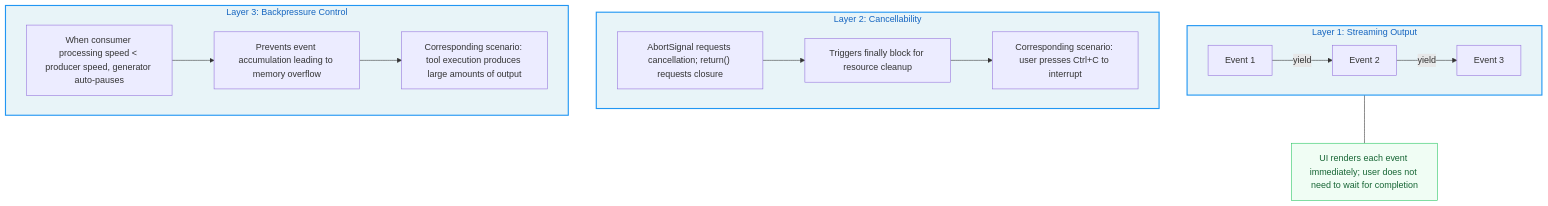
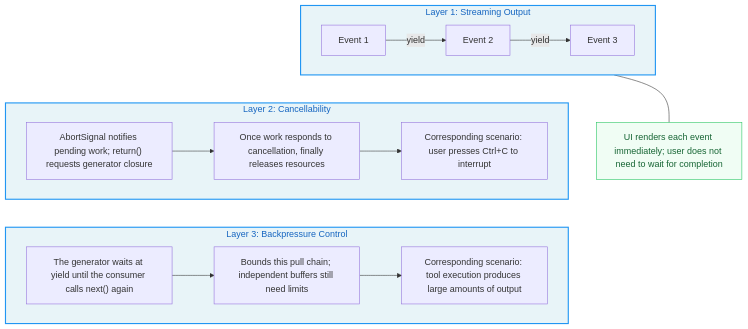
Before and after one commit to zhuguang-ZFG/ai-engineering-series: the first of 5 diagrams in en/Part-1-Foundations/02-The-Dialog-Loop-Heartbeat-of-an-Agent.md, drawn with Mermaid. The commit also changed other lines of this file and 407 other files, not shown here.

````diff
--- a/en/Part-1-Foundations/02-The-Dialog-Loop-Heartbeat-of-an-Agent.md
+++ b/en/Part-1-Foundations/02-The-Dialog-Loop-Heartbeat-of-an-Agent.md
@@ -32,30 +38,32 @@
 ```mermaid
 flowchart TD
     subgraph layer1["Layer 1: Streaming Output"]
         direction LR
         e1["Event 1"] -->|"yield"| e2["Event 2"] -->|"yield"| e3["Event 3"]
     end
 
     note1["UI renders each event immediately; user does not need to wait for completion"]
 
     subgraph layer2["Layer 2: Cancellability"]
-        cancel["AbortSignal requests cancellation; return() requests closure"]
-        clean["Triggers finally block for resource cleanup"]
+        cancel["AbortSignal notifies pending work; return() requests generator closure"]
+        clean["Once work responds to cancellation, finally releases resources"]
         scene2["Corresponding scenario: user presses Ctrl+C to interrupt"]
         cancel --> clean --> scene2
     end
 
     subgraph layer3["Layer 3: Backpressure Control"]
-        bp["When consumer processing speed < producer speed, generator auto-pauses"]
-        mem["Prevents event accumulation leading to memory overflow"]
+        bp["The generator waits at yield until the consumer calls next() again"]
+        mem["Bounds this pull chain; independent buffers still need limits"]
         scene3["Corresponding scenario: tool execution produces large amounts of output"]
         bp --> mem --> scene3
     end
 
     layer1 --- note1
+    layer1 ~~~ layer2
+    layer2 ~~~ layer3
 
     classDef layer fill:#e8f4f8,stroke:#2196F3,stroke-width:2px,color:#1565C0
     classDef note fill:#f0fdf4,stroke:#22c55e,stroke-width:1px,color:#166534
     class layer1,layer2,layer3 layer
     class note1 note
 ```
````
